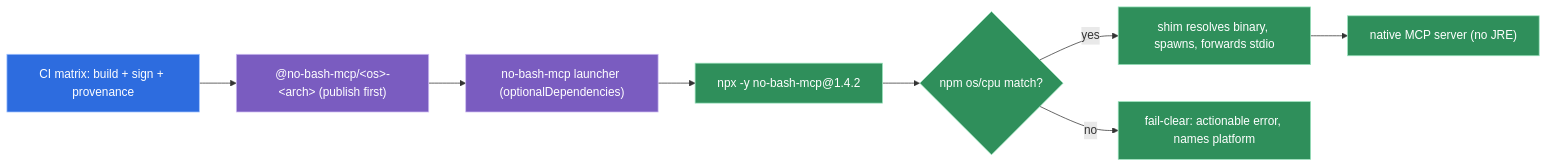
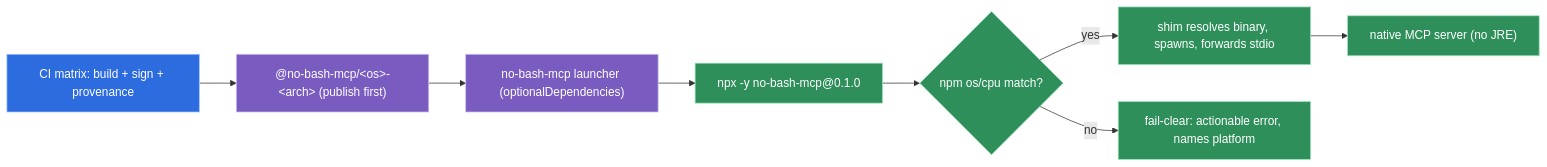
The diagram in docs/design/build-and-distribution.md (rodrigorjsf/no-bash-mcp), drawn with Mermaid before and after one commit. The commit also changed other lines of this file and 4 other files, not shown here.

````diff
--- a/docs/design/build-and-distribution.md
+++ b/docs/design/build-and-distribution.md
@@ -110,18 +110,18 @@
 ```mermaid
 flowchart LR
     classDef ci fill:#2d6cdf,stroke:#9ec1ff,color:#ffffff
     classDef pkg fill:#7a5cc0,stroke:#cdbcf2,color:#ffffff
     classDef run fill:#2f8f5b,stroke:#9be3bd,color:#ffffff
 
     CI["CI matrix: build + sign + provenance"] --> PKGS["@no-bash-mcp/&lt;os&gt;-&lt;arch&gt; (publish first)"]
     PKGS --> L["no-bash-mcp launcher (optionalDependencies)"]
-    L --> NPX["npx -y no-bash-mcp@1.4.2"]
+    L --> NPX["npx -y no-bash-mcp@0.1.0"]
     NPX --> SEL{"npm os/cpu match?"}
     SEL -->|yes| SHIM["shim resolves binary, spawns, forwards stdio"]
     SEL -->|no| ERR["fail-clear: actionable error, names platform"]
     SHIM --> RUN["native MCP server (no JRE)"]
 
     class CI ci
     class PKGS,L pkg
     class NPX,SEL,SHIM,RUN,ERR run
 ```
````
